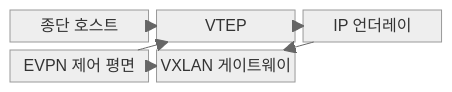
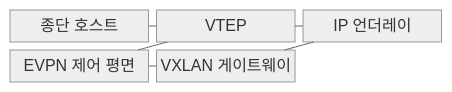
One commit to agnusdei1207/knowledge-base changed the first of 2 diagrams in src/content/docs/notes/04-network/059_vxlan_overlay.md. Above: the diagram before and after it, drawn with Mermaid (neutral theme). The commit also changed other lines of this file and 493 other files, not shown here.

````diff
--- a/src/content/docs/notes/04-network/059_vxlan_overlay.md
+++ b/src/content/docs/notes/04-network/059_vxlan_overlay.md
@@ -71,14 +71,14 @@
 ```mermaid
 block-beta
     columns 3
     A["종단 호스트"]
     B["VTEP"]
     C["IP 언더레이"]
     D["EVPN 제어 평면"]
     E["VXLAN 게이트웨이"]
-    A --> B
-    B --> C
-    D --> B
-    D --> E
-    C --> E
+    A --- B
+    B --- C
+    D --- B
+    D --- E
+    C --- E
 ```
````
